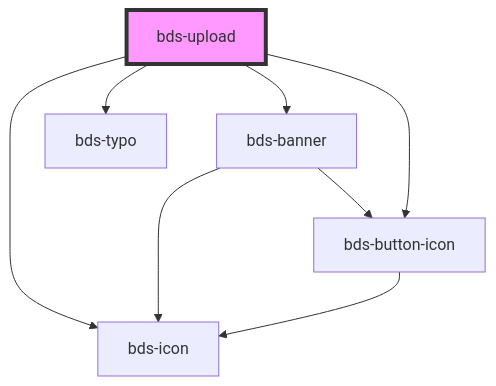
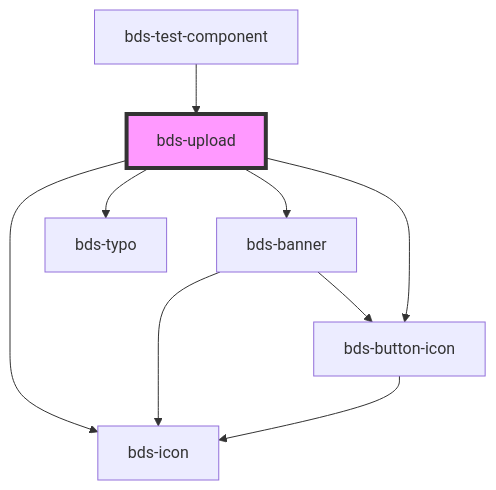
One commit to takenet/blip-ds changed the diagram in src/components/upload/readme.md. Above: the diagram before and after it, drawn with Mermaid. The commit also changed other lines of this file and 73 other files, not shown here.

````diff
--- a/src/components/upload/readme.md
+++ b/src/components/upload/readme.md
@@ -38,11 +42,12 @@
 ```mermaid
 graph TD;
   bds-upload --> bds-icon
   bds-upload --> bds-typo
   bds-upload --> bds-banner
   bds-upload --> bds-button-icon
   bds-banner --> bds-icon
   bds-banner --> bds-button-icon
   bds-button-icon --> bds-icon
+  bds-test-component --> bds-upload
   style bds-upload fill:#f9f,stroke:#333,stroke-width:4px
 ```
````
